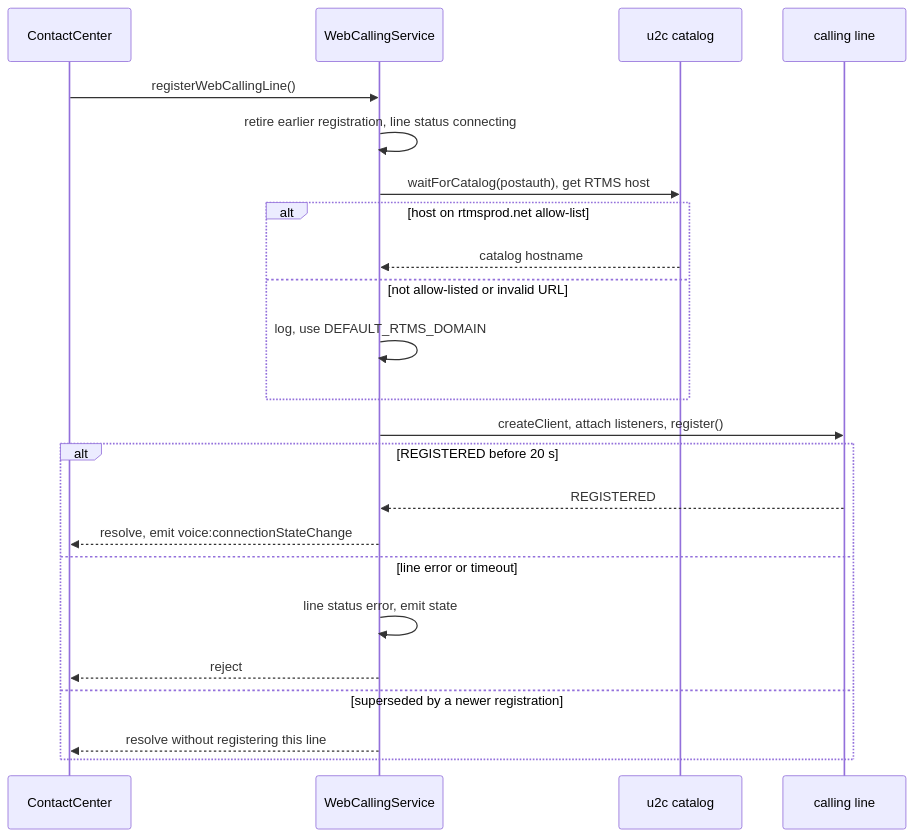
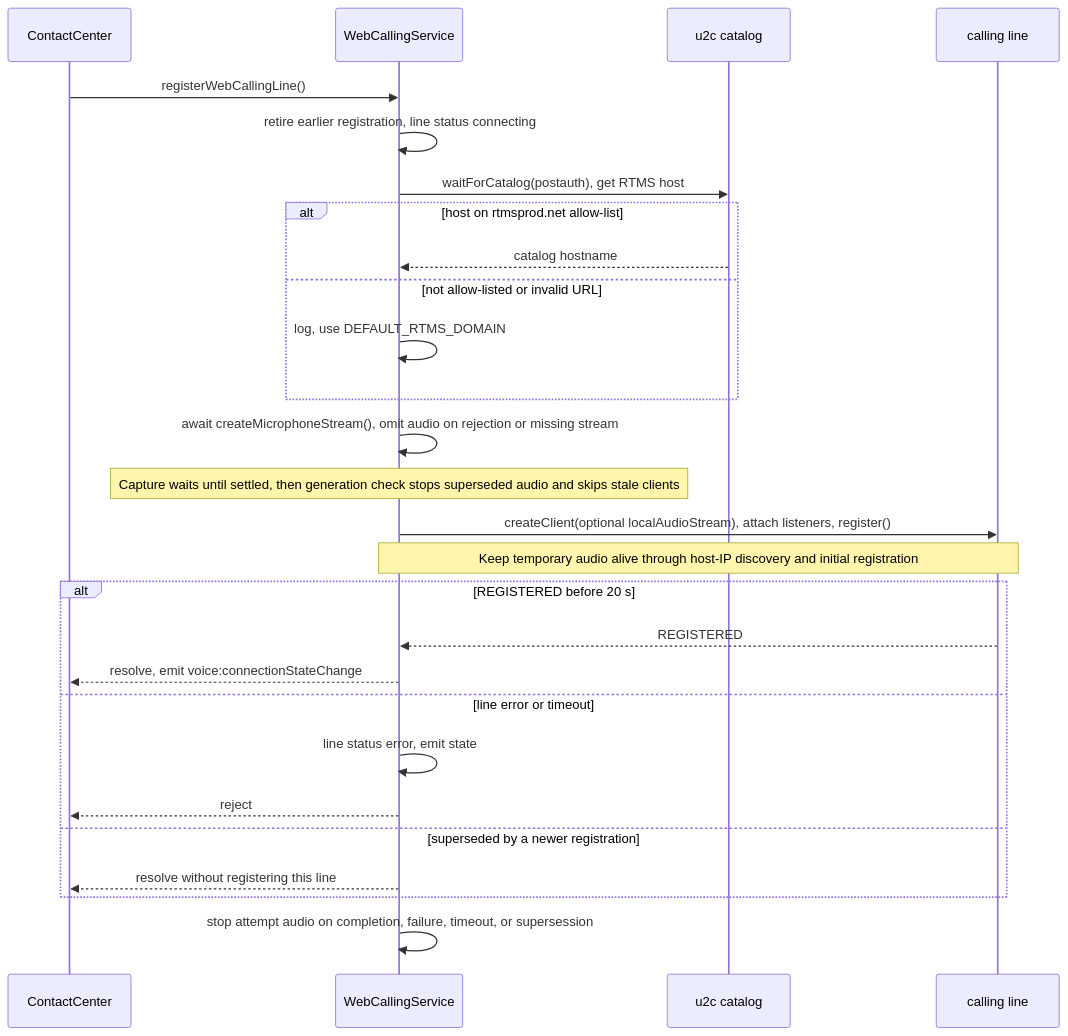
The sixth of 12 diagrams in packages/@webex/contact-center/src/services/docs/README.md (webex/webex-js-sdk), drawn with Mermaid before and after one commit. The commit also changed other lines of this file and 3 other files, not shown here.

Commit message:
fix(contact-center): capture microphone before creating calling client (CAI-8773) (#5418)

````diff
--- a/packages/@webex/contact-center/src/services/docs/README.md
+++ b/packages/@webex/contact-center/src/services/docs/README.md
@@ -434,25 +434,29 @@
 ```mermaid
 sequenceDiagram
   participant CC as ContactCenter
   participant W as WebCallingService
   participant Cat as u2c catalog
   participant L as calling line
   CC->>W: registerWebCallingLine()
   W->>W: retire earlier registration, line status connecting
   W->>Cat: waitForCatalog(postauth), get RTMS host
   alt host on rtmsprod.net allow-list
     Cat-->>W: catalog hostname
   else not allow-listed or invalid URL
     W->>W: log, use DEFAULT_RTMS_DOMAIN
   end
-  W->>L: createClient, attach listeners, register()
+  W->>W: await createMicrophoneStream(), omit audio on rejection or missing stream
+  Note over W: Capture waits until settled, then generation check stops superseded audio and skips stale clients
+  W->>L: createClient(optional localAudioStream), attach listeners, register()
+  Note over W,L: Keep temporary audio alive through host-IP discovery and initial registration
   alt REGISTERED before 20 s
     L-->>W: REGISTERED
     W-->>CC: resolve, emit voice:connectionStateChange
   else line error or timeout
     W->>W: line status error, emit state
     W-->>CC: reject
   else superseded by a newer registration
     W-->>CC: resolve without registering this line
   end
+  W->>W: stop attempt audio on completion, failure, timeout, or supersession
 ```
````
